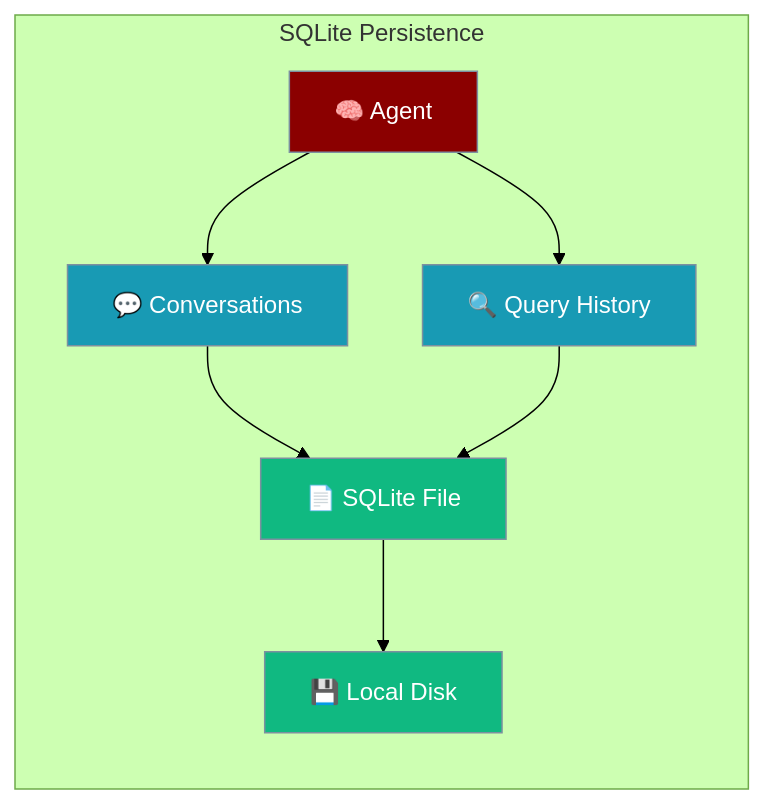
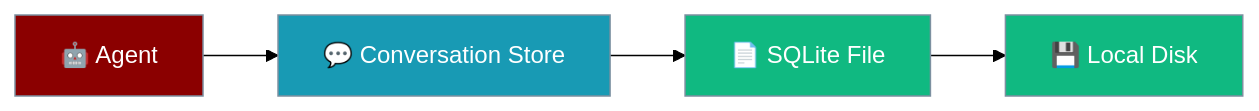
One commit to MervinPraison/PraisonAIDocs changed the first of 3 diagrams in docs/features/persistence-sqlite.mdx. Above: the diagram before and after it, drawn with Mermaid (forest theme). The commit also changed other lines of this file and 4 other files, not shown here.

````diff
--- a/docs/features/persistence-sqlite.mdx
+++ b/docs/features/persistence-sqlite.mdx
@@ -10,18 +22,14 @@
 ```mermaid
 graph LR
-    subgraph "SQLite Persistence"
-        A[🧠 Agent] --> B[💬 Conversations]
-        B --> C[📄 SQLite File]
-        C --> D[💾 Local Disk]
-        A --> E[🔍 Query History]
-        E --> C
-    end
-    
+    Agent[🤖 Agent] --> Store[💬 Conversation Store]
+    Store --> File[📄 SQLite File]
+    File --> Disk[💾 Local Disk]
+
     classDef agent fill:#8B0000,stroke:#7C90A0,color:#fff
-    classDef data fill:#189AB4,stroke:#7C90A0,color:#fff
-    classDef storage fill:#10B981,stroke:#7C90A0,color:#fff
-    
-    class A agent
-    class B,E data
-    class C,D storage
+    classDef store fill:#189AB4,stroke:#7C90A0,color:#fff
+    classDef disk fill:#10B981,stroke:#7C90A0,color:#fff
+
+    class Agent agent
+    class Store store
+    class File,Disk disk
 ```
````
